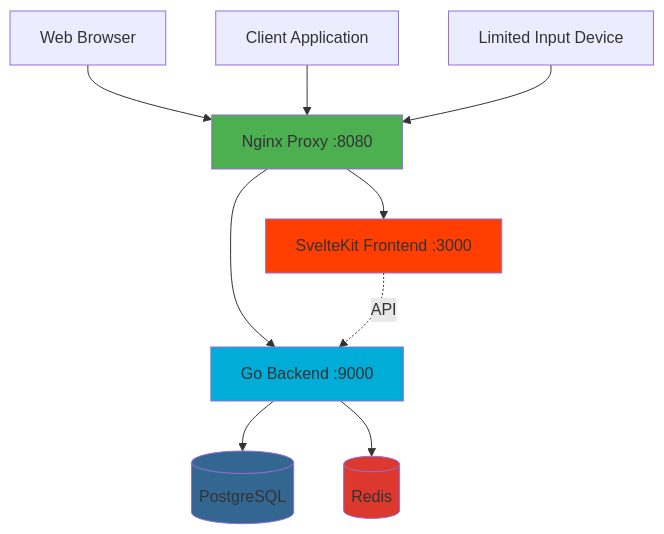
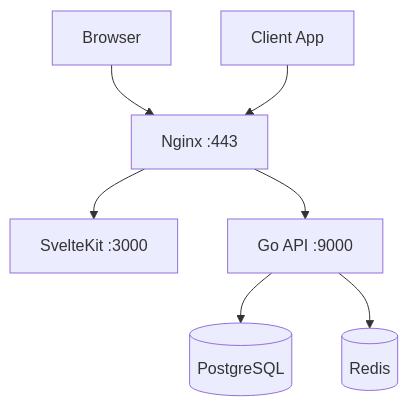
One commit to royzah/OryxID changed the diagram in README.md. Above: the diagram before and after it, drawn with Mermaid. The commit also changed other lines of this file and 5 other files, not shown here.

````diff
--- a/README.md
+++ b/README.md
@@ -21,26 +17,17 @@
 ```mermaid
 graph TB
-    Client[Client Application]
-    Browser[Web Browser]
-    Device[Limited Input Device]
-    Nginx[Nginx Proxy :8080]
-    Frontend[SvelteKit Frontend :3000]
-    Backend[Go Backend :9000]
+    Client[Client App]
+    Browser[Browser]
+    Nginx[Nginx :443]
+    Frontend[SvelteKit :3000]
+    Backend[Go API :9000]
     DB[(PostgreSQL)]
     Redis[(Redis)]
 
     Browser --> Nginx
     Client --> Nginx
-    Device --> Nginx
     Nginx --> Frontend
     Nginx --> Backend
     Backend --> DB
     Backend --> Redis
-    Frontend -.->|API| Backend
-
-    style Nginx fill:#4CAF50
-    style Backend fill:#00ADD8
-    style Frontend fill:#FF3E00
-    style DB fill:#336791
-    style Redis fill:#DC382D
 ```
````
